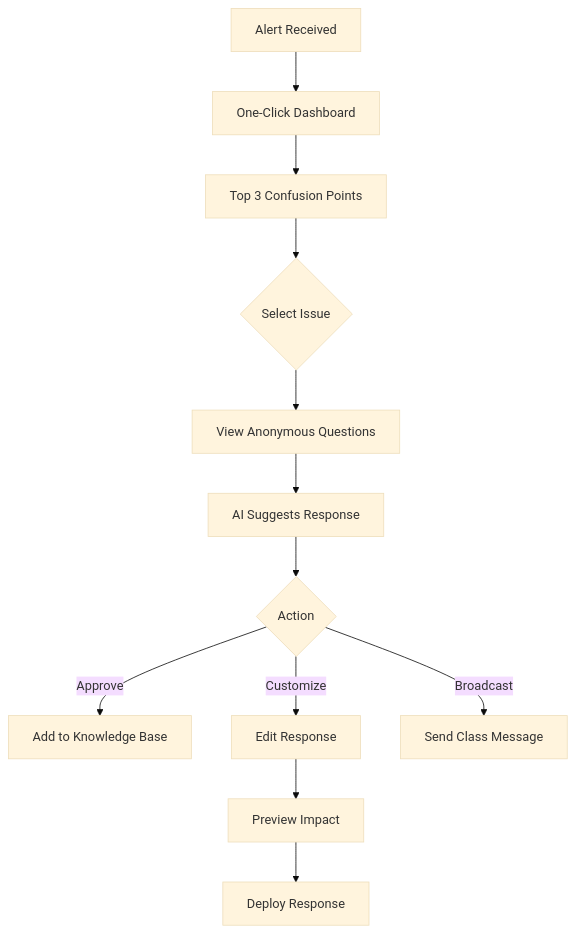
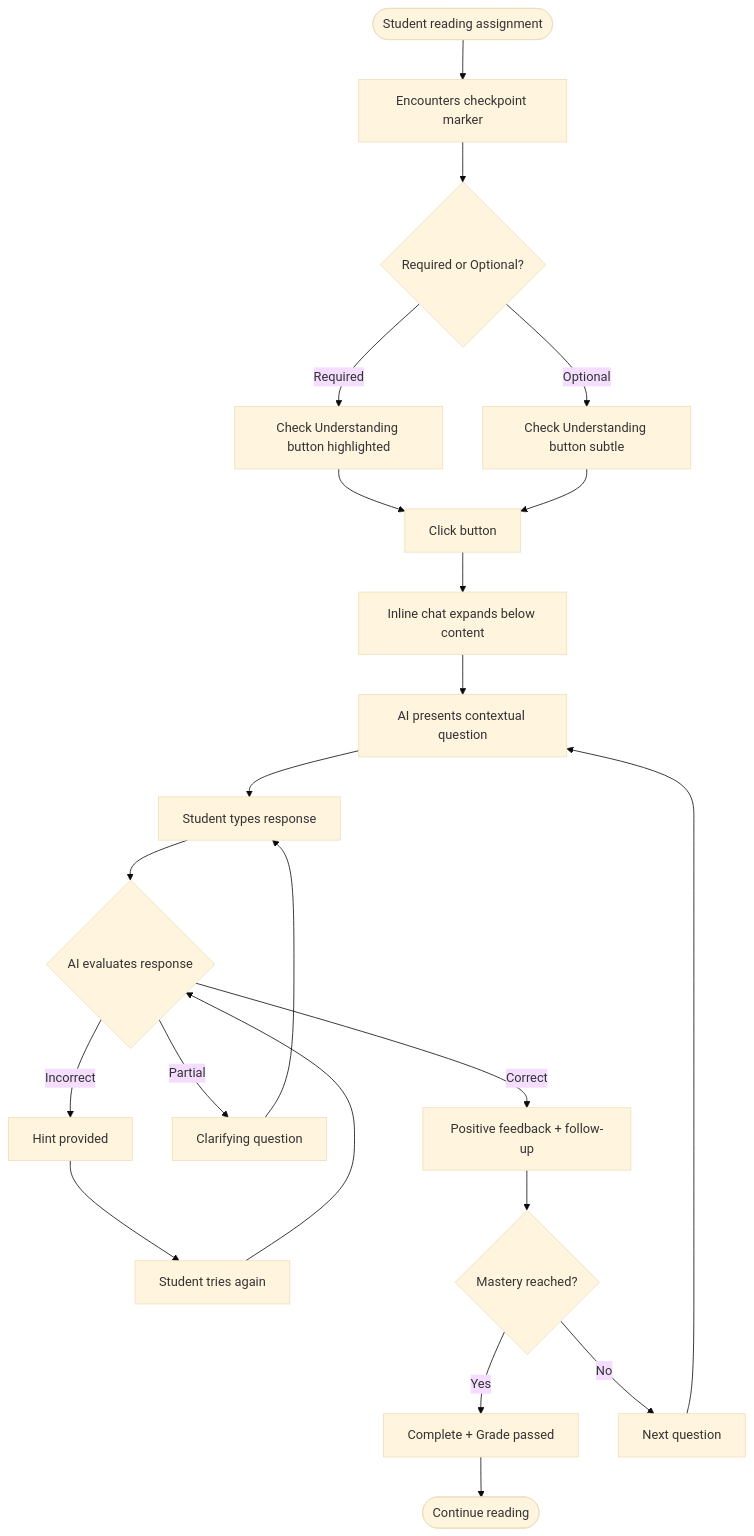
One commit to atomicjolt-com/atomic-guide changed the third of 3 diagrams in docs/front-end-spec.md. Above: the diagram before and after it, drawn with Mermaid (base theme). The commit also changed other lines of this file and 71 other files, not shown here.

````diff
--- a/docs/front-end-spec.md
+++ b/docs/front-end-spec.md
@@ -314,14 +186,24 @@
 ```mermaid
-graph TD
-    A[Alert Received] --> B[One-Click Dashboard]
-    B --> C[Top 3 Confusion Points]
-    C --> D{Select Issue}
-    D --> E[View Anonymous Questions]
-    E --> F[AI Suggests Response]
-    F --> G{Action}
-    G -->|Approve| H[Add to Knowledge Base]
-    G -->|Customize| I[Edit Response]
-    G -->|Broadcast| J[Send Class Message]
-    I --> K[Preview Impact]
-    K --> L[Deploy Response]
+flowchart TD
+    Start([Student reading assignment]) --> A[Encounters checkpoint marker]
+    A --> B{Required or Optional?}
+    B -->|Required| C[Check Understanding button highlighted]
+    B -->|Optional| D[Check Understanding button subtle]
+    C --> E[Click button]
+    D --> E
+    E --> F[Inline chat expands below content]
+    F --> G[AI presents contextual question]
+    G --> H[Student types response]
+    H --> I{AI evaluates response}
+    I -->|Correct| J[Positive feedback + follow-up]
+    I -->|Partial| K[Clarifying question]
+    I -->|Incorrect| L[Hint provided]
+    K --> H
+    L --> M[Student tries again]
+    M --> I
+    J --> N{Mastery reached?}
+    N -->|Yes| O[Complete + Grade passed]
+    N -->|No| P[Next question]
+    P --> G
+    O --> End([Continue reading])
 ```
````
